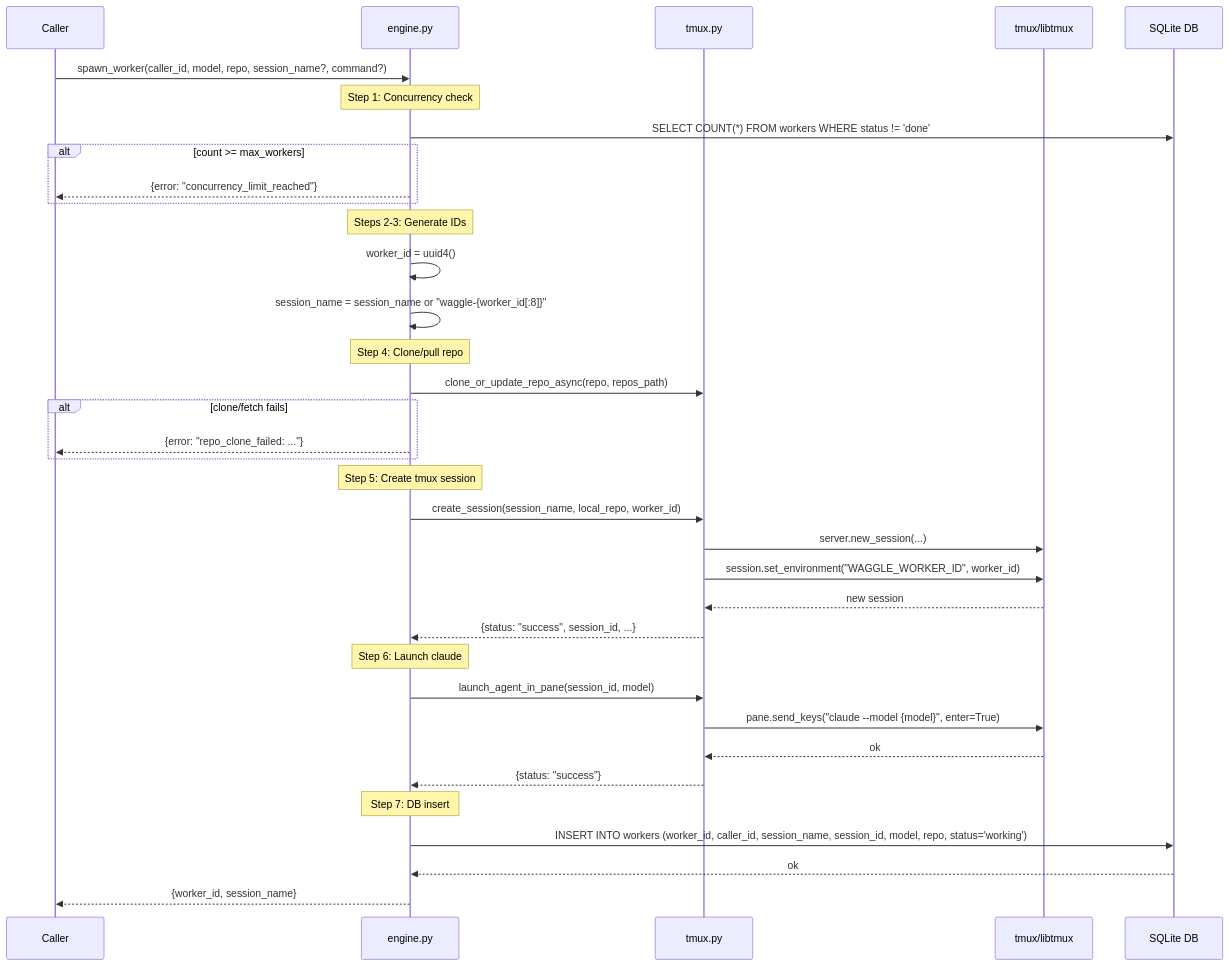
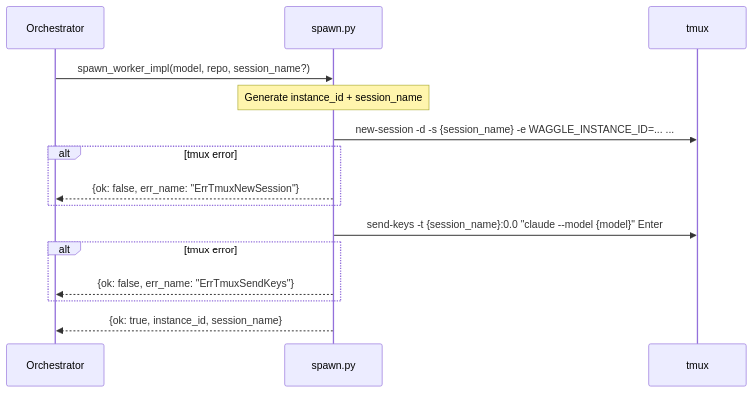
The diagram in docs/architecture/spawn_worker.md (gabemahoney/waggle), drawn with Mermaid before and after one commit. The commit also changed other lines of this file and 43 other files, not shown here.

````diff
--- a/docs/architecture/spawn_worker.md
+++ b/docs/architecture/spawn_worker.md
@@ -58,45 +38,21 @@
 ```mermaid
 sequenceDiagram
-    participant C as Caller
-    participant E as engine.py
-    participant TM as tmux.py
-    participant TX as tmux/libtmux
-    participant DB as SQLite DB
+    participant O as Orchestrator
+    participant S as spawn.py
+    participant TX as tmux
 
-    C->>E: spawn_worker(caller_id, model, repo, session_name?, command?)
+    O->>S: spawn_worker_impl(model, repo, session_name?)
 
-    Note over E: Step 1: Concurrency check
-    E->>DB: SELECT COUNT(*) FROM workers WHERE status != 'done'
-    alt count >= max_workers
-        E-->>C: {error: "concurrency_limit_reached"}
+    Note over S: Generate instance_id + session_name
+    S->>TX: new-session -d -s {session_name} -e WAGGLE_INSTANCE_ID=... ...
+    alt tmux error
+        S-->>O: {ok: false, err_name: "ErrTmuxNewSession"}
     end
 
-    Note over E: Steps 2-3: Generate IDs
-    E->>E: worker_id = uuid4()
-    E->>E: session_name = session_name or "waggle-{worker_id[:8]}"
-
-    Note over E: Step 4: Clone/pull repo
-    E->>TM: clone_or_update_repo_async(repo, repos_path)
-    alt clone/fetch fails
-        E-->>C: {error: "repo_clone_failed: ..."}
+    S->>TX: send-keys -t {session_name}:0.0 "claude --model {model}" Enter
+    alt tmux error
+        S-->>O: {ok: false, err_name: "ErrTmuxSendKeys"}
     end
 
-    Note over E: Step 5: Create tmux session
-    E->>TM: create_session(session_name, local_repo, worker_id)
-    TM->>TX: server.new_session(...)
-    TM->>TX: session.set_environment("WAGGLE_WORKER_ID", worker_id)
-    TX-->>TM: new session
-    TM-->>E: {status: "success", session_id, ...}
-
-    Note over E: Step 6: Launch claude
-    E->>TM: launch_agent_in_pane(session_id, model)
-    TM->>TX: pane.send_keys("claude --model {model}", enter=True)
-    TX-->>TM: ok
-    TM-->>E: {status: "success"}
-
-    Note over E: Step 7: DB insert
-    E->>DB: INSERT INTO workers (worker_id, caller_id, session_name, session_id, model, repo, status='working')
-    DB-->>E: ok
-
-    E-->>C: {worker_id, session_name}
+    S-->>O: {ok: true, instance_id, session_name}
 ```
````
